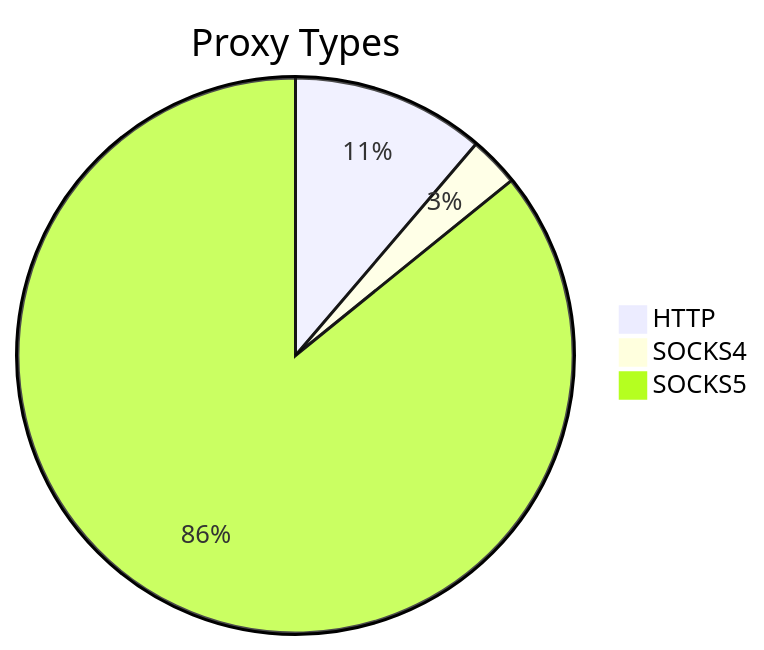
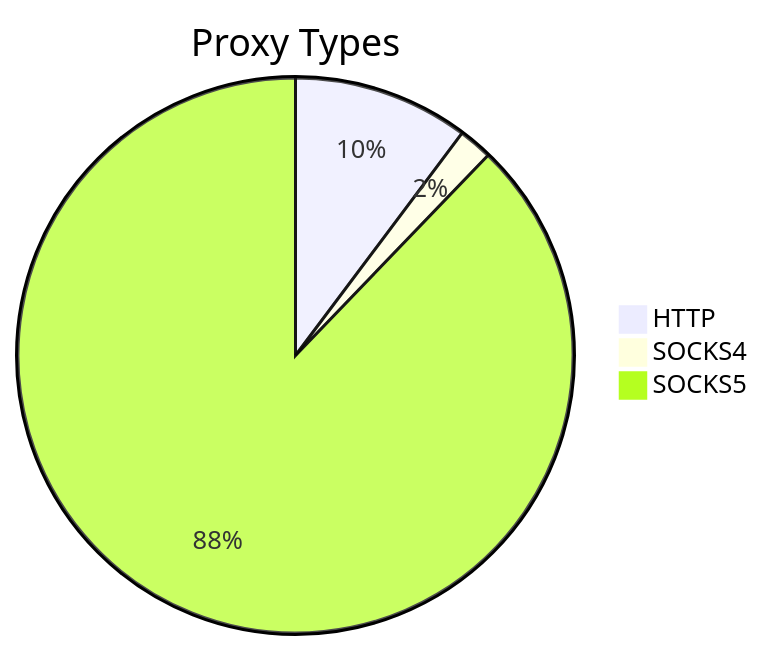
One commit to stormsia/proxy-list changed the first of 2 diagrams in README.md. Above: the diagram before and after it, drawn with Mermaid. The commit also changed other lines of this file, not shown here.

````diff
--- a/README.md
+++ b/README.md
@@ -21,6 +21,6 @@
 ```mermaid
 pie title Proxy Types
-    "HTTP" : 185
-    "SOCKS4" : 48
-    "SOCKS5" : 1412
+    "HTTP" : 162
+    "SOCKS4" : 31
+    "SOCKS5" : 1390
 ```
````
